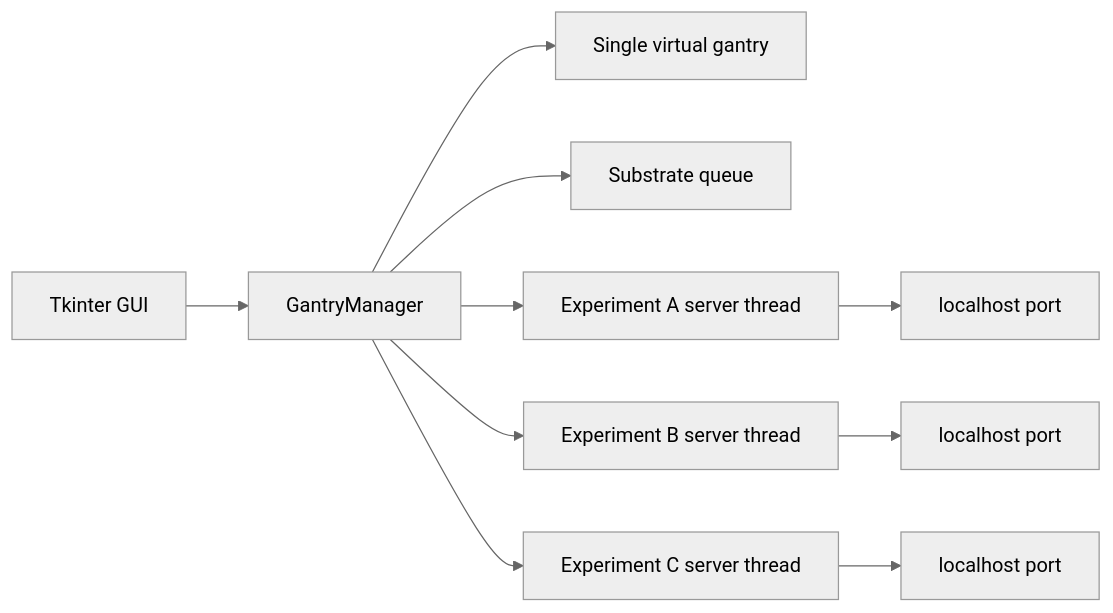
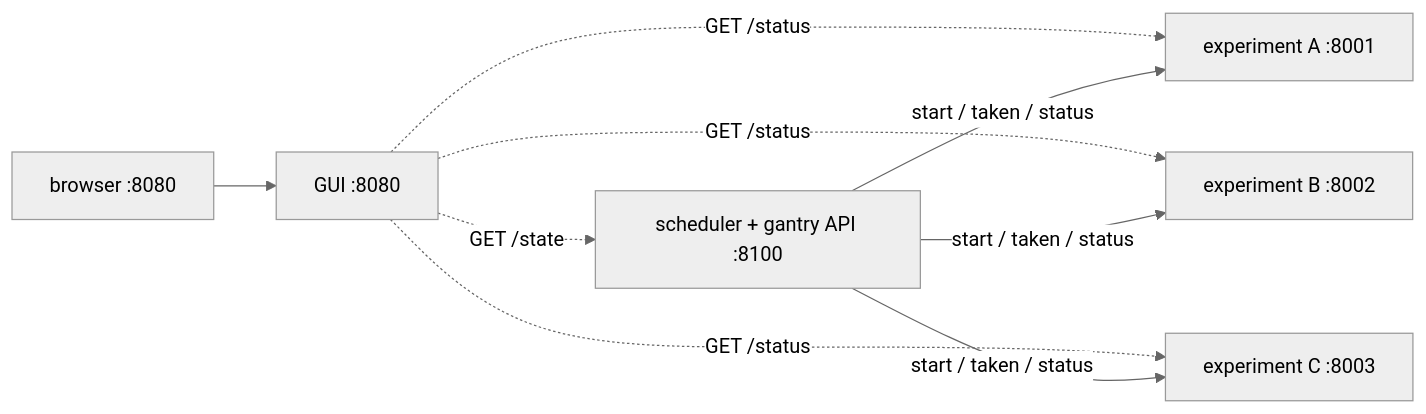
One commit to henrybon806/gantry-manager changed the diagram in README.md. Above: the diagram before and after it, drawn with Mermaid (neutral theme). The commit also changed other lines of this file and 28 other files, not shown here.

````diff
--- a/README.md
+++ b/README.md
@@ -72,12 +95,11 @@
 ```mermaid
 flowchart LR
-	GUI[Tkinter GUI] --> Manager[GantryManager]
-	Manager --> Gantry[Single virtual gantry]
-	Manager --> Queue[Substrate queue]
-	Manager --> A[Experiment A server thread]
-	Manager --> B[Experiment B server thread]
-	Manager --> C[Experiment C server thread]
-	A --> PortA[localhost port]
-	B --> PortB[localhost port]
-	C --> PortC[localhost port]
+	Browser[browser :8080] --> GUI
+	GUI[GUI :8080] -. GET /state .-> Gantry[scheduler + gantry API :8100]
+	GUI -. GET /status .-> A
+	GUI -. GET /status .-> B
+	GUI -. GET /status .-> C
+	Gantry -- start / taken / status --> A[experiment A :8001]
+	Gantry -- start / taken / status --> B[experiment B :8002]
+	Gantry -- start / taken / status --> C[experiment C :8003]
 ```
````
